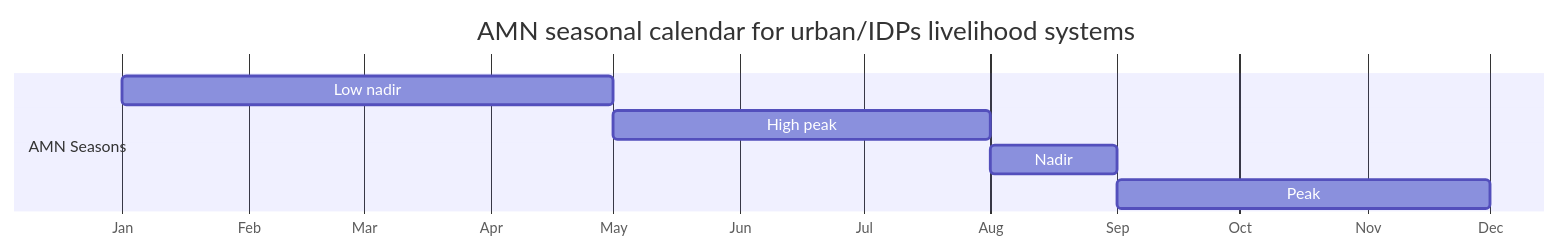
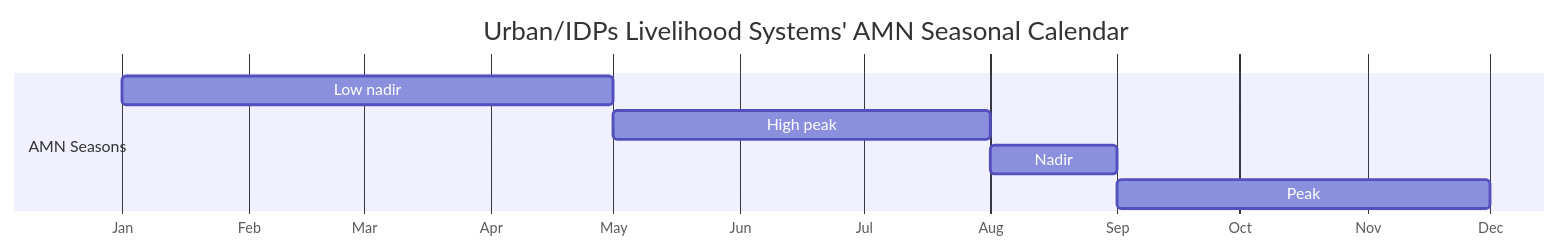
The fifth of 9 diagrams in slides-revealjs.qmd (nutimes/som-sam-admit), drawn with Mermaid before and after one commit. The commit also changed other lines of this file, not shown here.

````diff
--- a/slides-revealjs.qmd
+++ b/slides-revealjs.qmd
@@ -622,16 +608,16 @@
 ```{mermaid}
 %%| label: amn-seasonal-calendar-urbanipds
 %%| fig-cap-location: bottom
 %%| fig-height: 5
 %%| fig-width: 14
 gantt
-    title  AMN seasonal calendar for urban/IDPs livelihood systems
+    title  Urban/IDPs Livelihood Systems' AMN Seasonal Calendar
     dateFormat M
     axisFormat %b
     todayMarker off
     section AMN Seasons
     Low nadir :1, 5
     High peak :5, 8
     Nadir :8, 9
     Peak :9, 12
 ```
````
